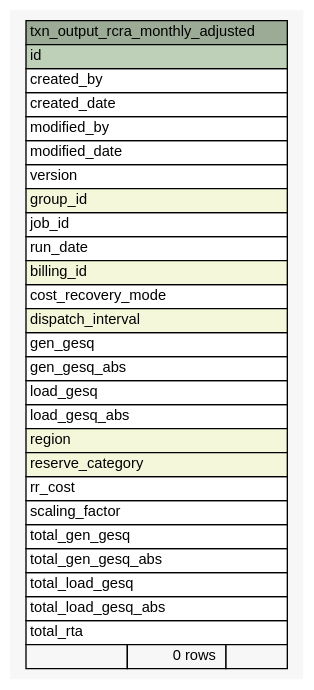
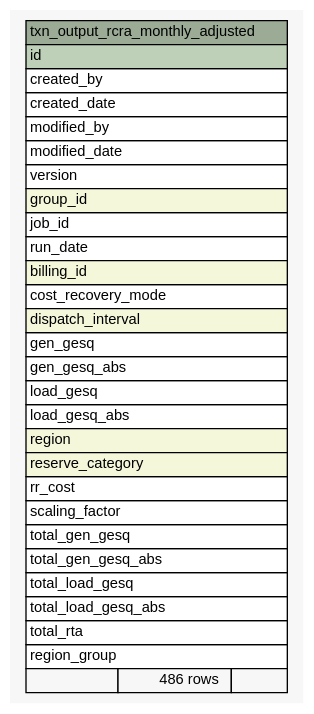
Before and after one commit to eyana-m/python-data-dictionary-writer: the diagram in Data/settlement/diagrams/summary/txn_output_rcra_monthly_adjusted.1degree.dot, drawn with Graphviz. The commit also changed 715 other files, not shown here.

```diff
--- a/Data/settlement/diagrams/summary/txn_output_rcra_monthly_adjusted.1degree.dot
+++ b/Data/settlement/diagrams/summary/txn_output_rcra_monthly_adjusted.1degree.dot
@@ -1,54 +1,55 @@
-// dot 2.36.0 on Mac OS X 10.12.5
+// dot 2.36.0 on Mac OS X 10.12.6
 // SchemaSpy rev 590
 digraph "txn_output_rcra_monthly_adjusted" {
   graph [
     rankdir="RL"
     bgcolor="#f7f7f7"
     nodesep="0.18"
     ranksep="0.46"
     fontname="Helvetica"
     fontsize="11"
   ];
   node [
     fontname="Helvetica"
     fontsize="11"
     shape="plaintext"
   ];
   edge [
     arrowsize="0.8"
   ];
   "txn_output_rcra_monthly_adjusted" [
     label=<
     <TABLE BORDER="0" CELLBORDER="1" CELLSPACING="0" BGCOLOR="#ffffff">
       <TR><TD COLSPAN="3" BGCOLOR="#9bab96" ALIGN="CENTER">txn_output_rcra_monthly_adjusted</TD></TR>
       <TR><TD PORT="id" COLSPAN="3" BGCOLOR="#bed1b8" ALIGN="LEFT">id</TD></TR>
       <TR><TD PORT="created_by" COLSPAN="3" ALIGN="LEFT">created_by</TD></TR>
       <TR><TD PORT="created_date" COLSPAN="3" ALIGN="LEFT">created_date</TD></TR>
       <TR><TD PORT="modified_by" COLSPAN="3" ALIGN="LEFT">modified_by</TD></TR>
       <TR><TD PORT="modified_date" COLSPAN="3" ALIGN="LEFT">modified_date</TD></TR>
       <TR><TD PORT="version" COLSPAN="3" ALIGN="LEFT">version</TD></TR>
       <TR><TD PORT="group_id" COLSPAN="3" BGCOLOR="#f4f7da" ALIGN="LEFT">group_id</TD></TR>
       <TR><TD PORT="job_id" COLSPAN="3" ALIGN="LEFT">job_id</TD></TR>
       <TR><TD PORT="run_date" COLSPAN="3" ALIGN="LEFT">run_date</TD></TR>
       <TR><TD PORT="billing_id" COLSPAN="3" BGCOLOR="#f4f7da" ALIGN="LEFT">billing_id</TD></TR>
       <TR><TD PORT="cost_recovery_mode" COLSPAN="3" ALIGN="LEFT">cost_recovery_mode</TD></TR>
       <TR><TD PORT="dispatch_interval" COLSPAN="3" BGCOLOR="#f4f7da" ALIGN="LEFT">dispatch_interval</TD></TR>
       <TR><TD PORT="gen_gesq" COLSPAN="3" ALIGN="LEFT">gen_gesq</TD></TR>
       <TR><TD PORT="gen_gesq_abs" COLSPAN="3" ALIGN="LEFT">gen_gesq_abs</TD></TR>
       <TR><TD PORT="load_gesq" COLSPAN="3" ALIGN="LEFT">load_gesq</TD></TR>
       <TR><TD PORT="load_gesq_abs" COLSPAN="3" ALIGN="LEFT">load_gesq_abs</TD></TR>
       <TR><TD PORT="region" COLSPAN="3" BGCOLOR="#f4f7da" ALIGN="LEFT">region</TD></TR>
       <TR><TD PORT="reserve_category" COLSPAN="3" BGCOLOR="#f4f7da" ALIGN="LEFT">reserve_category</TD></TR>
       <TR><TD PORT="rr_cost" COLSPAN="3" ALIGN="LEFT">rr_cost</TD></TR>
       <TR><TD PORT="scaling_factor" COLSPAN="3" ALIGN="LEFT">scaling_factor</TD></TR>
       <TR><TD PORT="total_gen_gesq" COLSPAN="3" ALIGN="LEFT">total_gen_gesq</TD></TR>
       <TR><TD PORT="total_gen_gesq_abs" COLSPAN="3" ALIGN="LEFT">total_gen_gesq_abs</TD></TR>
       <TR><TD PORT="total_load_gesq" COLSPAN="3" ALIGN="LEFT">total_load_gesq</TD></TR>
       <TR><TD PORT="total_load_gesq_abs" COLSPAN="3" ALIGN="LEFT">total_load_gesq_abs</TD></TR>
       <TR><TD PORT="total_rta" COLSPAN="3" ALIGN="LEFT">total_rta</TD></TR>
-      <TR><TD ALIGN="LEFT" BGCOLOR="#f7f7f7">  </TD><TD ALIGN="RIGHT" BGCOLOR="#f7f7f7">0 rows</TD><TD ALIGN="RIGHT" BGCOLOR="#f7f7f7">  </TD></TR>
+      <TR><TD PORT="region_group" COLSPAN="3" ALIGN="LEFT">region_group</TD></TR>
+      <TR><TD ALIGN="LEFT" BGCOLOR="#f7f7f7">  </TD><TD ALIGN="RIGHT" BGCOLOR="#f7f7f7">486 rows</TD><TD ALIGN="RIGHT" BGCOLOR="#f7f7f7">  </TD></TR>
     </TABLE>>
     URL="tables/txn_output_rcra_monthly_adjusted.html"
     tooltip="txn_output_rcra_monthly_adjusted"
   ];
 }
```
